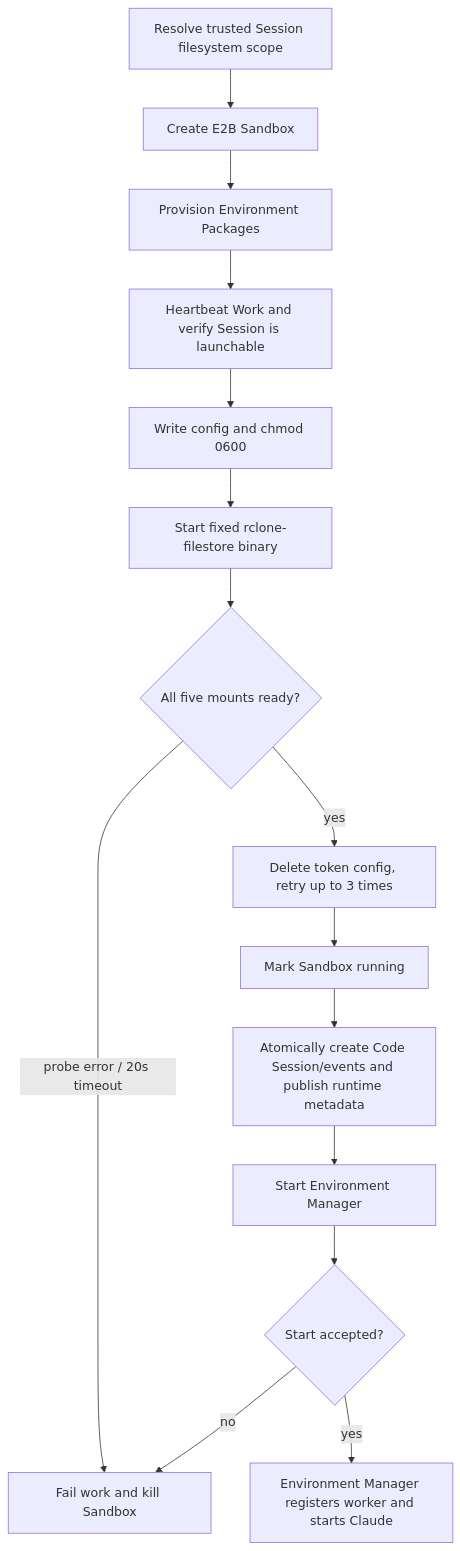
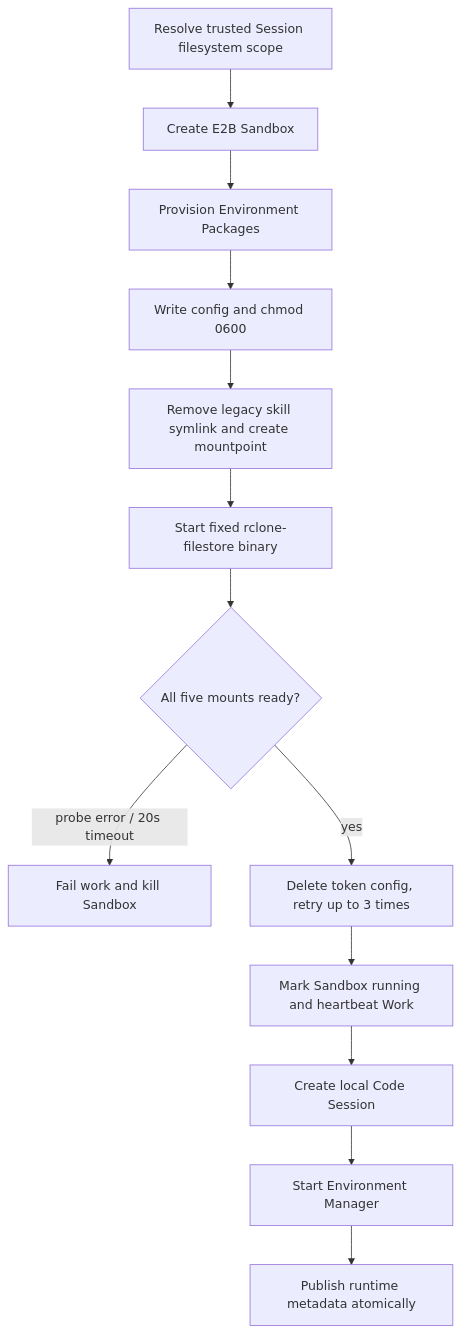
One commit to superduck-ai/open-managed-agents changed the diagram in docs/design/be/e2b-sandbox-image-contract.md. Above: the diagram before and after it, drawn with Mermaid. The commit also changed other lines of this file and 19 other files, not shown here.

````diff
--- a/docs/design/be/e2b-sandbox-image-contract.md
+++ b/docs/design/be/e2b-sandbox-image-contract.md
@@ -50,17 +50,15 @@
 ```mermaid
 flowchart TD
     R["Resolve trusted Session filesystem scope"] --> A["Create E2B Sandbox"]
     A --> P["Provision Environment Packages"]
-    P --> L["Heartbeat Work and verify Session is launchable"]
-    L --> W["Write config and chmod 0600"]
-    W --> B["Start fixed rclone-filestore binary"]
+    P --> W["Write config and chmod 0600"]
+    W --> S["Remove legacy skill symlink and create mountpoint"]
+    S --> B["Start fixed rclone-filestore binary"]
     B --> C{"All five mounts ready?"}
     C -->|"probe error / 20s timeout"| F["Fail work and kill Sandbox"]
     C -->|"yes"| D["Delete token config, retry up to 3 times"]
-    D --> G["Mark Sandbox running"]
-    G --> I["Atomically create Code Session/events and publish runtime metadata"]
+    D --> G["Mark Sandbox running and heartbeat Work"]
+    G --> I["Create local Code Session"]
     I --> H["Start Environment Manager"]
-    H --> J{"Start accepted?"}
-    J -->|"no"| F
-    J -->|"yes"| K["Environment Manager registers worker and starts Claude"]
+    H --> J["Publish runtime metadata atomically"]
 ```
````
